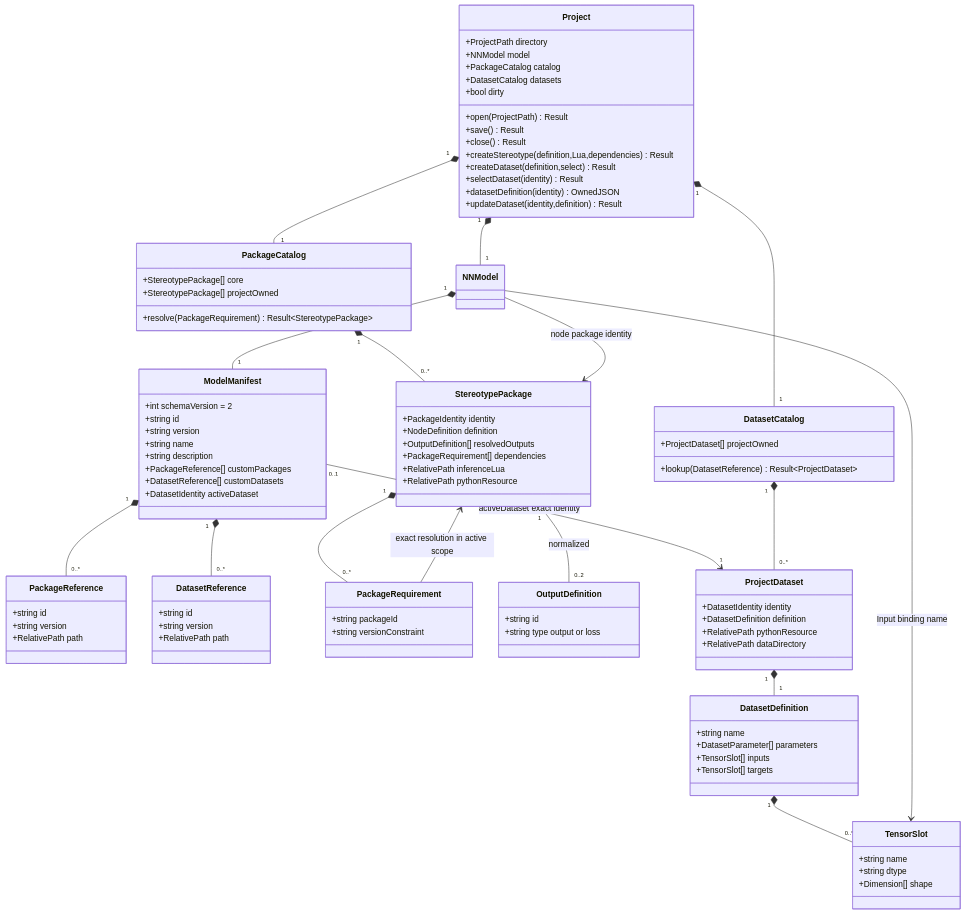
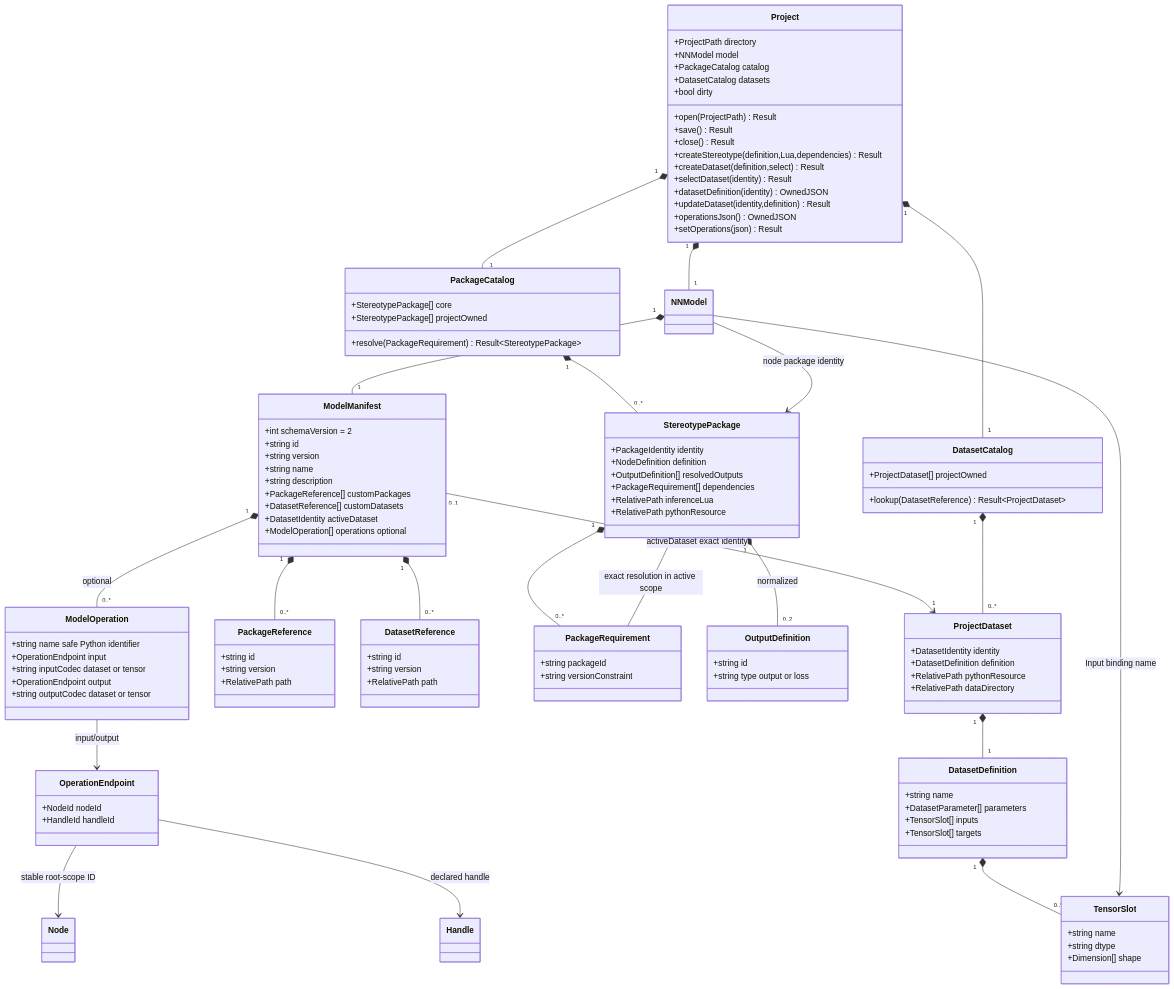
Before and after one commit to LucaSforza/nnmodelling-ui: the diagram in docs/knowledge/uml/project.md, drawn with Mermaid. The commit also changed other lines of this file and 14 other files, not shown here.

Commit message:
docs: specify exported model operations

```diff
--- a/docs/knowledge/uml/project.md
+++ b/docs/knowledge/uml/project.md
@@ -24,6 +24,8 @@
         +selectDataset(identity) Result
         +datasetDefinition(identity) OwnedJSON
         +updateDataset(identity,definition) Result
+        +operationsJson() OwnedJSON
+        +setOperations(json) Result
       }
       class ModelManifest {
         +int schemaVersion = 2
@@ -34,6 +36,18 @@
         +PackageReference[] customPackages
         +DatasetReference[] customDatasets
         +DatasetIdentity activeDataset
+        +ModelOperation[] operations optional
+      }
+      class ModelOperation {
+        +string name safe Python identifier
+        +OperationEndpoint input
+        +string inputCodec dataset or tensor
+        +OperationEndpoint output
+        +string outputCodec dataset or tensor
+      }
+      class OperationEndpoint {
+        +NodeId nodeId
+        +HandleId handleId
       }
       class PackageReference {
         +string id
@@ -93,6 +107,10 @@
       Project "1" *-- "1" DatasetCatalog
       ModelManifest "1" *-- "0..*" PackageReference
       ModelManifest "1" *-- "0..*" DatasetReference
+      ModelManifest "1" *-- "0..*" ModelOperation : optional
+      ModelOperation --> OperationEndpoint : input/output
+      OperationEndpoint --> Node : stable root-scope ID
+      OperationEndpoint --> Handle : declared handle
       ModelManifest "0..1" --> "1" ProjectDataset : activeDataset exact identity
       PackageCatalog "1" *-- "0..*" StereotypePackage
       DatasetCatalog "1" *-- "0..*" ProjectDataset
```
